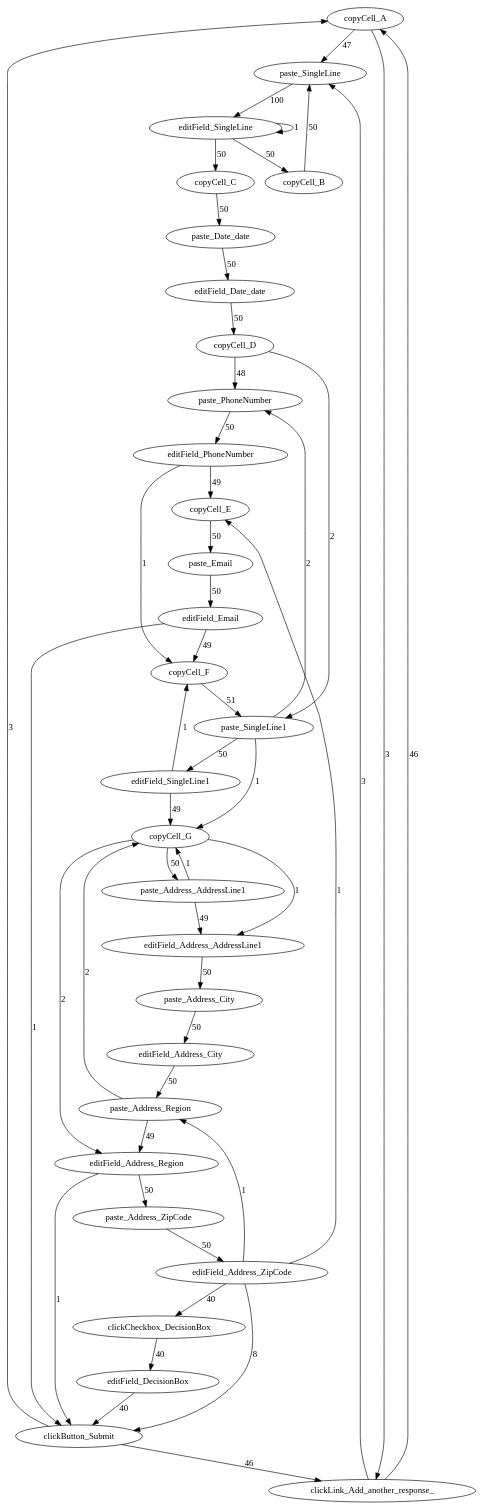
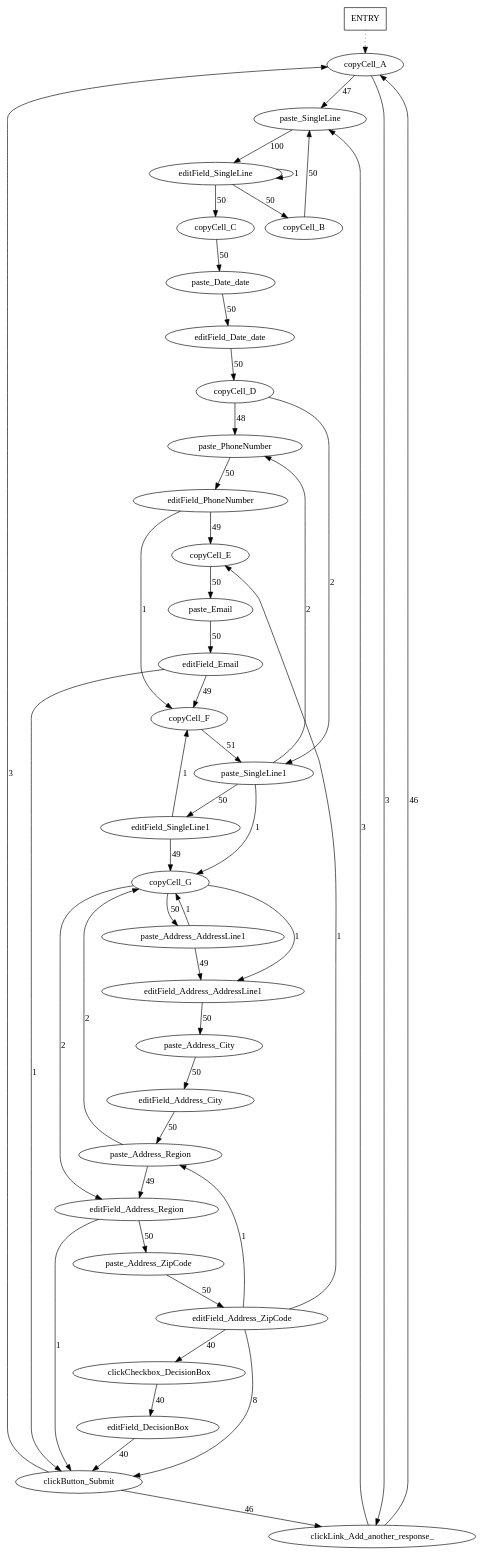
One commit to volodymyrLeno/RPM_Segmentator changed the diagram in out/artifacts/RPM_Segmentator_jar/TEMP.dot. Above: the diagram before and after it, drawn with Graphviz. The commit also changed 7 other files, not shown here.

```diff
--- a/out/artifacts/RPM_Segmentator_jar/TEMP.dot
+++ b/out/artifacts/RPM_Segmentator_jar/TEMP.dot
@@ -1,50 +1,52 @@
 digraph g {
-   copyCell_A -> paste_SingleLine [label=47];
-   paste_SingleLine -> editField_SingleLine [label=100];
-   editField_SingleLine -> copyCell_B [label=50];
-   copyCell_B -> paste_SingleLine [label=50];
-   editField_SingleLine -> copyCell_C [label=50];
-   copyCell_C -> paste_Date_date [label=50];
-   paste_Date_date -> editField_Date_date [label=50];
-   editField_Date_date -> copyCell_D [label=50];
-   copyCell_D -> paste_PhoneNumber [label=48];
-   paste_PhoneNumber -> editField_PhoneNumber [label=50];
-   editField_PhoneNumber -> copyCell_E [label=49];
-   copyCell_E -> paste_Email [label=50];
-   paste_Email -> editField_Email [label=50];
-   editField_Email -> copyCell_F [label=49];
-   copyCell_F -> paste_SingleLine1 [label=51];
-   paste_SingleLine1 -> editField_SingleLine1 [label=50];
-   editField_SingleLine1 -> copyCell_G [label=49];
-   copyCell_G -> paste_Address_AddressLine1 [label=50];
-   paste_Address_AddressLine1 -> editField_Address_AddressLine1 [label=49];
-   editField_Address_AddressLine1 -> paste_Address_City [label=50];
-   paste_Address_City -> editField_Address_City [label=50];
-   editField_Address_City -> paste_Address_Region [label=50];
-   paste_Address_Region -> editField_Address_Region [label=49];
-   editField_Address_Region -> paste_Address_ZipCode [label=50];
-   paste_Address_ZipCode -> editField_Address_ZipCode [label=50];
-   editField_Address_ZipCode -> clickButton_Submit [label=8];
-   clickButton_Submit -> clickLink_Add_another_response_ [label=46];
-   clickLink_Add_another_response_ -> copyCell_A [label=46];
-   editField_Address_ZipCode -> clickCheckbox_DecisionBox [label=40];
-   clickCheckbox_DecisionBox -> editField_DecisionBox [label=40];
-   editField_DecisionBox -> clickButton_Submit [label=40];
-   editField_PhoneNumber -> copyCell_F [label=1];
-   editField_Address_ZipCode -> copyCell_E [label=1];
-   editField_Email -> clickButton_Submit [label=1];
-   clickButton_Submit -> copyCell_A [label=3];
-   copyCell_A -> clickLink_Add_another_response_ [label=3];
-   clickLink_Add_another_response_ -> paste_SingleLine [label=3];
-   paste_Address_Region -> copyCell_G [label=2];
-   copyCell_G -> editField_Address_Region [label=2];
-   paste_Address_AddressLine1 -> copyCell_G [label=1];
-   copyCell_G -> editField_Address_AddressLine1 [label=1];
-   copyCell_D -> paste_SingleLine1 [label=2];
-   paste_SingleLine1 -> paste_PhoneNumber [label=2];
-   editField_SingleLine1 -> copyCell_F [label=1];
-   paste_SingleLine1 -> copyCell_G [label=1];
-   editField_SingleLine -> editField_SingleLine [label=1];
-   editField_Address_ZipCode -> paste_Address_Region [label=1];
-   editField_Address_Region -> clickButton_Submit [label=1];
+	ENTRY [shape=box];
+	ENTRY -> copyCell_A [style=dotted];
+	copyCell_A -> paste_SingleLine [label=47];
+	paste_SingleLine -> editField_SingleLine [label=100];
+	editField_SingleLine -> copyCell_B [label=50];
+	copyCell_B -> paste_SingleLine [label=50];
+	editField_SingleLine -> copyCell_C [label=50];
+	copyCell_C -> paste_Date_date [label=50];
+	paste_Date_date -> editField_Date_date [label=50];
+	editField_Date_date -> copyCell_D [label=50];
+	copyCell_D -> paste_PhoneNumber [label=48];
+	paste_PhoneNumber -> editField_PhoneNumber [label=50];
+	editField_PhoneNumber -> copyCell_E [label=49];
+	copyCell_E -> paste_Email [label=50];
+	paste_Email -> editField_Email [label=50];
+	editField_Email -> copyCell_F [label=49];
+	copyCell_F -> paste_SingleLine1 [label=51];
+	paste_SingleLine1 -> editField_SingleLine1 [label=50];
+	editField_SingleLine1 -> copyCell_G [label=49];
+	copyCell_G -> paste_Address_AddressLine1 [label=50];
+	paste_Address_AddressLine1 -> editField_Address_AddressLine1 [label=49];
+	editField_Address_AddressLine1 -> paste_Address_City [label=50];
+	paste_Address_City -> editField_Address_City [label=50];
+	editField_Address_City -> paste_Address_Region [label=50];
+	paste_Address_Region -> editField_Address_Region [label=49];
+	editField_Address_Region -> paste_Address_ZipCode [label=50];
+	paste_Address_ZipCode -> editField_Address_ZipCode [label=50];
+	editField_Address_ZipCode -> clickButton_Submit [label=8];
+	clickButton_Submit -> clickLink_Add_another_response_ [label=46];
+	clickLink_Add_another_response_ -> copyCell_A [label=46];
+	editField_Address_ZipCode -> clickCheckbox_DecisionBox [label=40];
+	clickCheckbox_DecisionBox -> editField_DecisionBox [label=40];
+	editField_DecisionBox -> clickButton_Submit [label=40];
+	editField_PhoneNumber -> copyCell_F [label=1];
+	editField_Address_ZipCode -> copyCell_E [label=1];
+	editField_Email -> clickButton_Submit [label=1];
+	clickButton_Submit -> copyCell_A [label=3];
+	copyCell_A -> clickLink_Add_another_response_ [label=3];
+	clickLink_Add_another_response_ -> paste_SingleLine [label=3];
+	paste_Address_Region -> copyCell_G [label=2];
+	copyCell_G -> editField_Address_Region [label=2];
+	paste_Address_AddressLine1 -> copyCell_G [label=1];
+	copyCell_G -> editField_Address_AddressLine1 [label=1];
+	copyCell_D -> paste_SingleLine1 [label=2];
+	paste_SingleLine1 -> paste_PhoneNumber [label=2];
+	editField_SingleLine1 -> copyCell_F [label=1];
+	paste_SingleLine1 -> copyCell_G [label=1];
+	editField_SingleLine -> editField_SingleLine [label=1];
+	editField_Address_ZipCode -> paste_Address_Region [label=1];
+	editField_Address_Region -> clickButton_Submit [label=1];
 }
```
